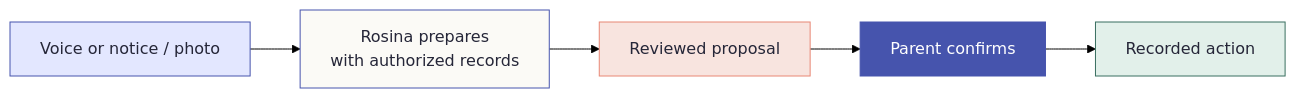
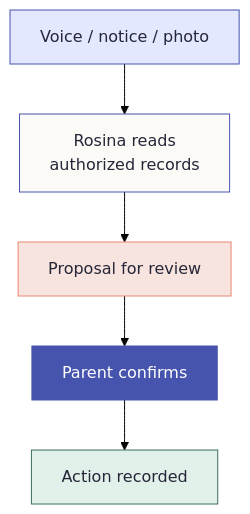
The diagram in README.md (Pettybytes/fridgegraph), drawn with Mermaid (forest theme) before and after one commit.

Commit message:
docs: keep GitHub workflow diagram in view

````diff
--- a/README.md
+++ b/README.md
@@ -77,17 +77,17 @@
 ```mermaid
-flowchart LR
-  A["Voice or notice / photo"] --> B["Rosina prepares<br/>with authorized records"]
-  B --> C["Reviewed proposal"]
+flowchart TB
+  A["Voice / notice / photo"] --> B["Rosina reads<br/>authorized records"]
+  B --> C["Proposal for review"]
   C --> D["Parent confirms"]
-  D --> E["Recorded action"]
+  D --> E["Action recorded"]
   classDef meta fill:#E3E7FF,stroke:#4654AD,color:#252638
   classDef records fill:#FBFAF6,stroke:#4654AD,color:#252638
   classDef draft fill:#F8E4DF,stroke:#E88775,color:#252638
   classDef human fill:#4654AD,stroke:#4654AD,color:#FFFFFF
   classDef action fill:#E2F0EA,stroke:#396F60,color:#252638
   class A meta
   class B records
   class C draft
   class D human
   class E action
 ```
````
